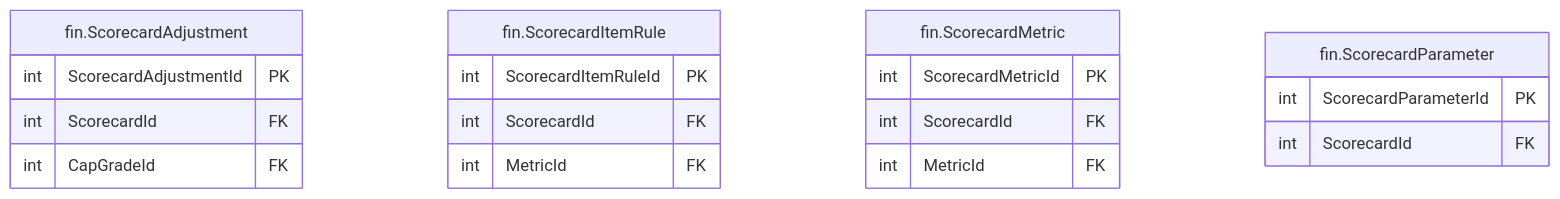
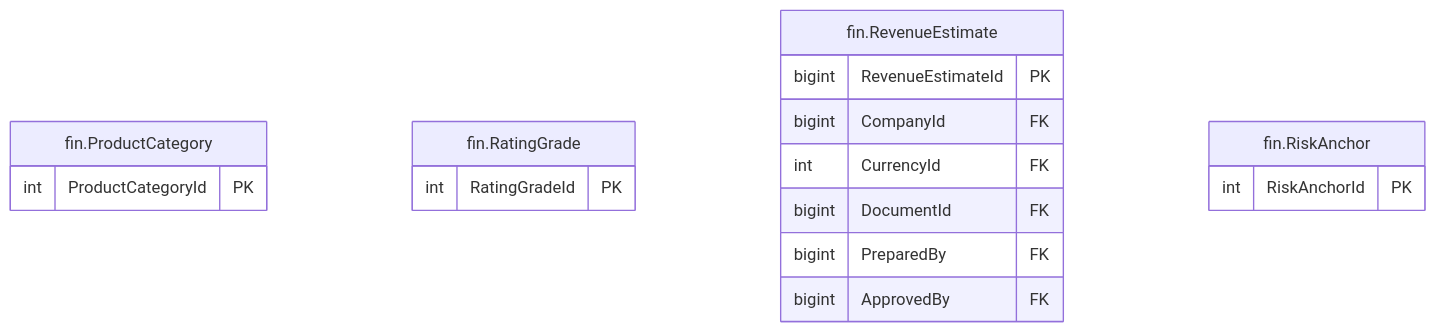
The diagram in treasury-platform/docs/diagrams/erd/m5_financials_9.mmd (thawrasy/smartlines), drawn with Mermaid before and after one commit. The commit also changed 163 other files, not shown here.

```diff
--- a/treasury-platform/docs/diagrams/erd/m5_financials_9.mmd
+++ b/treasury-platform/docs/diagrams/erd/m5_financials_9.mmd
@@ -1,21 +1,19 @@
-%% م5 · البيانات المالية والأرصدة (9/11) — Financial statements & balances
+%% م5 · البيانات المالية والأرصدة (9/13) — Financial statements & balances
 erDiagram
-  fin_ScorecardAdjustment["fin.ScorecardAdjustment"] {
-    int ScorecardAdjustmentId PK
-    int ScorecardId FK
-    int CapGradeId FK
+  fin_ProductCategory["fin.ProductCategory"] {
+    int ProductCategoryId PK
   }
-  fin_ScorecardItemRule["fin.ScorecardItemRule"] {
-    int ScorecardItemRuleId PK
-    int ScorecardId FK
-    int MetricId FK
+  fin_RatingGrade["fin.RatingGrade"] {
+    int RatingGradeId PK
   }
-  fin_ScorecardMetric["fin.ScorecardMetric"] {
-    int ScorecardMetricId PK
-    int ScorecardId FK
-    int MetricId FK
+  fin_RevenueEstimate["fin.RevenueEstimate"] {
+    bigint RevenueEstimateId PK
+    bigint CompanyId FK
+    int CurrencyId FK
+    bigint DocumentId FK
+    bigint PreparedBy FK
+    bigint ApprovedBy FK
   }
-  fin_ScorecardParameter["fin.ScorecardParameter"] {
-    int ScorecardParameterId PK
-    int ScorecardId FK
+  fin_RiskAnchor["fin.RiskAnchor"] {
+    int RiskAnchorId PK
   }
```
